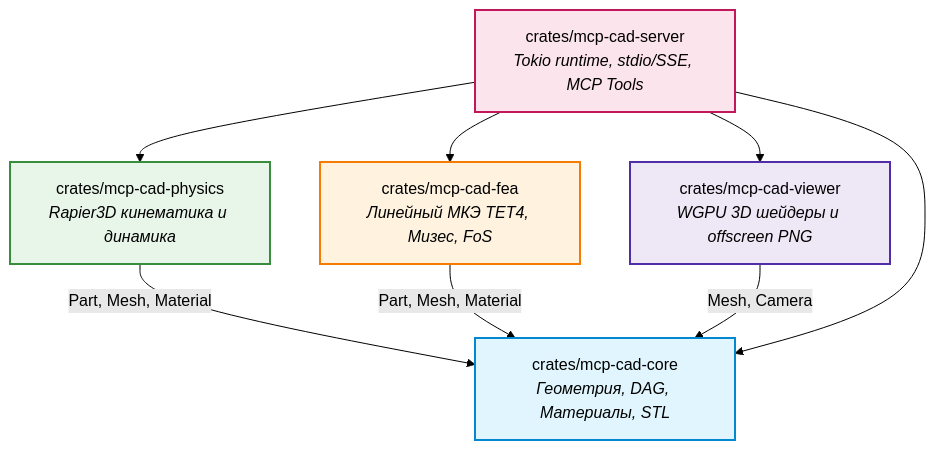
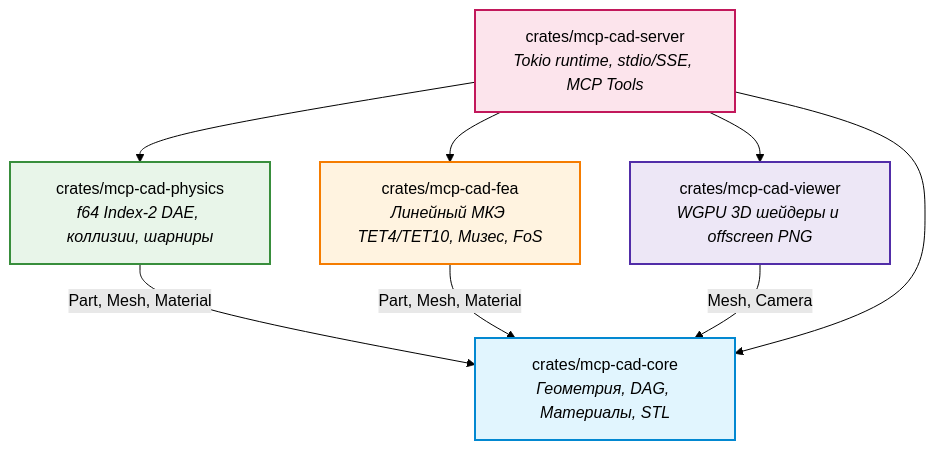
The first of 2 diagrams in docs/ARCHITECTURE.md (hofabetlife/chordvibe-cad-mcp), drawn with Mermaid (forest theme) before and after one commit. The commit also changed other lines of this file and 38 other files, not shown here.

First line of the commit message:
feat(physics): complete f64 DAE physics engine, collision pipeline, and v0.2.0 docs (P4-T4..P4-T10)

````diff
--- a/docs/ARCHITECTURE.md
+++ b/docs/ARCHITECTURE.md
@@ -51,22 +51,22 @@
 ```mermaid
 graph TD
     CORE[crates/mcp-cad-core<br/><i>Геометрия, DAG, Материалы, STL</i>]
-    PHYSICS[crates/mcp-cad-physics<br/><i>Rapier3D кинематика и динамика</i>]
-    FEA[crates/mcp-cad-fea<br/><i>Линейный МКЭ TET4, Мизес, FoS</i>]
+    PHYSICS[crates/mcp-cad-physics<br/><i>f64 Index-2 DAE, коллизии, шарниры</i>]
+    FEA[crates/mcp-cad-fea<br/><i>Линейный МКЭ TET4/TET10, Мизес, FoS</i>]
     VIEWER[crates/mcp-cad-viewer<br/><i>WGPU 3D шейдеры и offscreen PNG</i>]
     SERVER[crates/mcp-cad-server<br/><i>Tokio runtime, stdio/SSE, MCP Tools</i>]
 
     PHYSICS -->|Part, Mesh, Material| CORE
     FEA -->|Part, Mesh, Material| CORE
     VIEWER -->|Mesh, Camera| CORE
     SERVER --> CORE
     SERVER --> PHYSICS
     SERVER --> FEA
     SERVER --> VIEWER
 
     style CORE fill:#e1f5fe,stroke:#0288d1,stroke-width:2px
     style PHYSICS fill:#e8f5e9,stroke:#388e3c,stroke-width:2px
     style FEA fill:#fff3e0,stroke:#f57c00,stroke-width:2px
     style VIEWER fill:#ede7f6,stroke:#512da8,stroke-width:2px
     style SERVER fill:#fce4ec,stroke:#c2185b,stroke-width:2px
 ```
````
